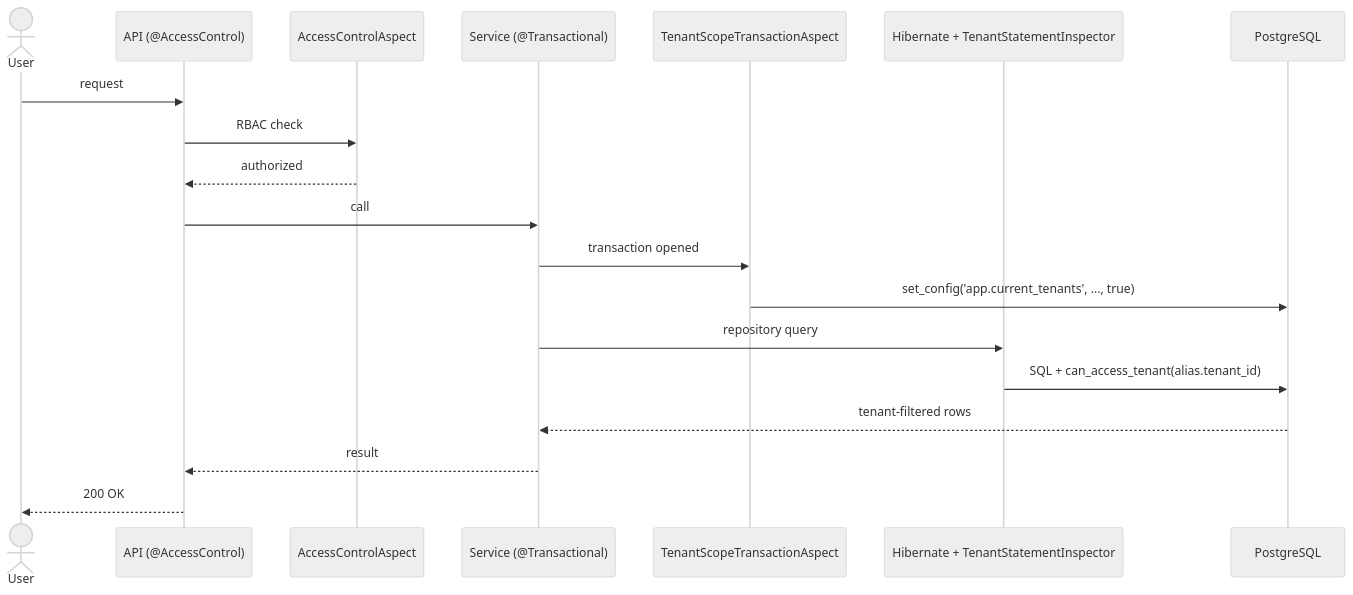
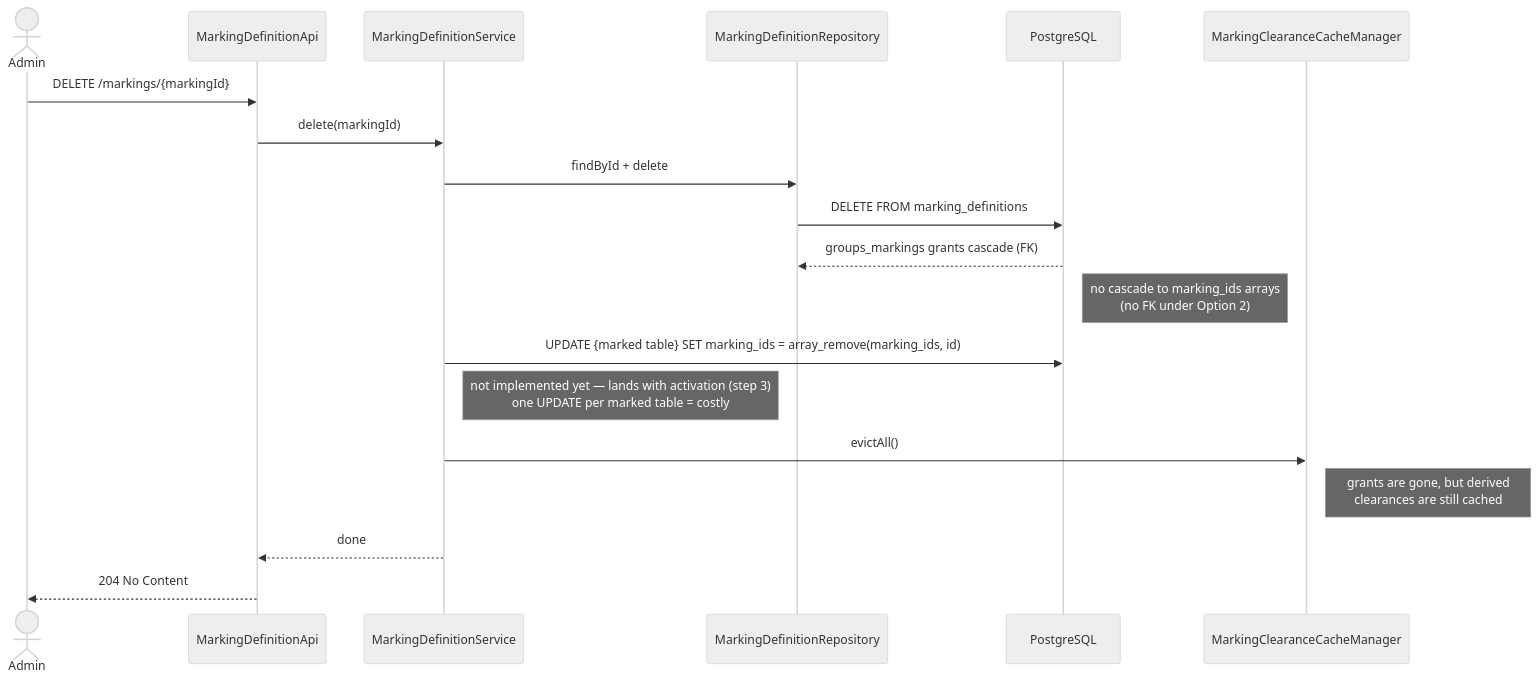
One commit to OpenAEV-Platform/openaev changed the first of 4 diagrams in brainstorming/marking/tech-design-option-c.md. Above: the diagram before and after it, drawn with Mermaid (neutral theme). The commit also changed other lines of this file, not shown here.

````diff
--- a/brainstorming/marking/tech-design-option-c.md
+++ b/brainstorming/marking/tech-design-option-c.md
@@ -96,22 +194,22 @@
 ```mermaid
 sequenceDiagram
-    actor U as User
-    participant API as API (@AccessControl)
-    participant RBAC as AccessControlAspect
-    participant SVC as Service (@Transactional)
-    participant ASP as TenantScopeTransactionAspect
-    participant ORM as Hibernate + TenantStatementInspector
+    actor A as Admin
+    participant API as MarkingDefinitionApi
+    participant SVC as MarkingDefinitionService
+    participant REPO as MarkingDefinitionRepository
     participant PG as PostgreSQL
+    participant CACHE as MarkingClearanceCacheManager
 
-    U->>API: request
-    API->>RBAC: RBAC check
-    RBAC-->>API: authorized
-    API->>SVC: call
-    SVC->>ASP: transaction opened
-    ASP->>PG: set_config('app.current_tenants', ..., true)
-    SVC->>ORM: repository query
-    ORM->>PG: SQL + can_access_tenant(alias.tenant_id)
-    PG-->>SVC: tenant-filtered rows
-    SVC-->>API: result
-    API-->>U: 200 OK
+    A->>API: DELETE /markings/{markingId}
+    API->>SVC: delete(markingId)
+    SVC->>REPO: findById + delete
+    REPO->>PG: DELETE FROM marking_definitions
+    PG-->>REPO: groups_markings grants cascade (FK)
+    Note right of PG: no cascade to marking_ids arrays<br/>(no FK under Option 2)
+    SVC->>PG: UPDATE {marked table} SET marking_ids = array_remove(marking_ids, id)
+    Note right of SVC: not implemented yet — lands with activation (step 3)<br/>one UPDATE per marked table = costly
+    SVC->>CACHE: evictAll()
+    Note right of CACHE: grants are gone, but derived<br/>clearances are still cached
+    SVC-->>API: done
+    API-->>A: 204 No Content
 ```
````
